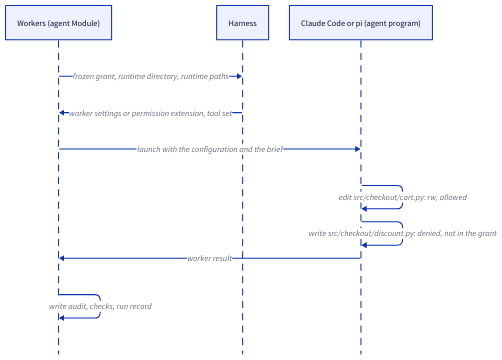
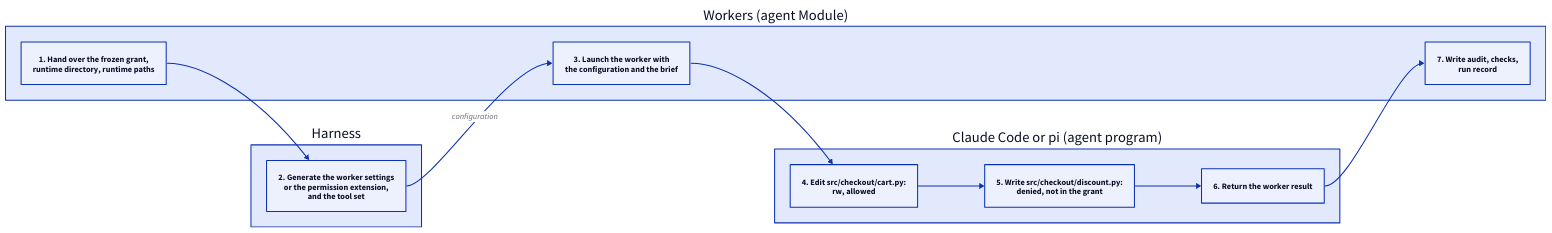
Before and after one commit to FTOD/concorde: the second of 3 diagrams in specs/concorde/harness/module.md, drawn with D2. The commit also changed other lines of this file, not shown here.

First line of the commit message:
Restructure the Harness entry: purpose, core concepts, overview, details

````diff
--- a/specs/concorde/harness/module.md
+++ b/specs/concorde/harness/module.md
@@ -72,13 +178,23 @@
 ```d2 illustrative
-shape: sequence_diagram
-workers: Workers (agent Module)
-harness: Harness
-program: Claude Code or pi (agent program)
-workers -> harness: frozen grant, runtime directory, runtime paths
-harness -> workers: worker settings or permission extension, tool set
-workers -> program: launch with the configuration and the brief
-program -> program: edit src/checkout/cart.py: rw, allowed
-program -> program: write src/checkout/discount.py: denied, not in the grant
-program -> workers: worker result
-workers -> workers: write audit, checks, run record
+direction: right
+workers: Workers (agent Module) {
+  direction: down
+  hand: "1. Hand over the frozen grant,\nruntime directory, runtime paths"
+  launch: "3. Launch the worker with\nthe configuration and the brief"
+  audit: "7. Write audit, checks,\nrun record"
+}
+harness: Harness {
+  generate: "2. Generate the worker settings\nor the permission extension,\nand the tool set"
+}
+program: "Claude Code or pi (agent program)" {
+  direction: down
+  edit: "4. Edit src/checkout/cart.py:\nrw, allowed"
+  write: "5. Write src/checkout/discount.py:\ndenied, not in the grant"
+  result: "6. Return the worker result"
+  edit -> write -> result
+}
+workers.hand -> harness.generate
+harness.generate -> workers.launch: configuration
+workers.launch -> program.edit
+program.result -> workers.audit
 ```
````
